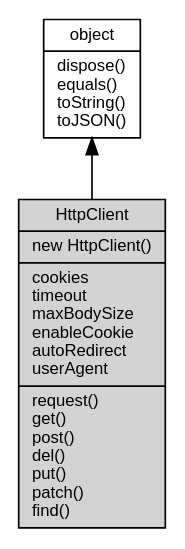
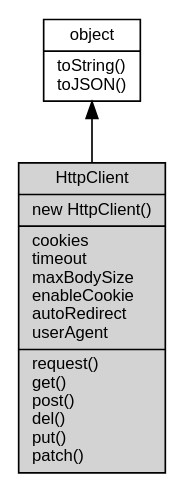
The diagram in docs/manual/object/ifs/HttpClient.md (fibjs/fibjs.org), drawn with Graphviz before and after one commit. The commit also changed other lines of this file and 300 other files, not shown here.

````diff
--- a/docs/manual/object/ifs/HttpClient.md
+++ b/docs/manual/object/ifs/HttpClient.md
@@ -14,10 +14,10 @@
 ```dot
 digraph {
     node [fontname="Helvetica,sans-Serif", fontsize=10, shape="record", style="filled", fillcolor="white"];
 
-    object [tooltip="object", URL="object.md", label="{object|dispose()\lequals()\ltoString()\ltoJSON()\l}"];
-    HttpClient [tooltip="HttpClient", fillcolor="lightgray", id="me", label="{HttpClient|new HttpClient()\l|cookies\ltimeout\lmaxBodySize\lenableCookie\lautoRedirect\luserAgent\l|request()\lget()\lpost()\ldel()\lput()\lpatch()\lfind()\l}"];
+    object [tooltip="object", URL="object.md", label="{object|toString()\ltoJSON()\l}"];
+    HttpClient [tooltip="HttpClient", fillcolor="lightgray", id="me", label="{HttpClient|new HttpClient()\l|cookies\ltimeout\lmaxBodySize\lenableCookie\lautoRedirect\luserAgent\l|request()\lget()\lpost()\ldel()\lput()\lpatch()\l}"];
 
     object -> HttpClient [dir=back];
 }
 ```
````
